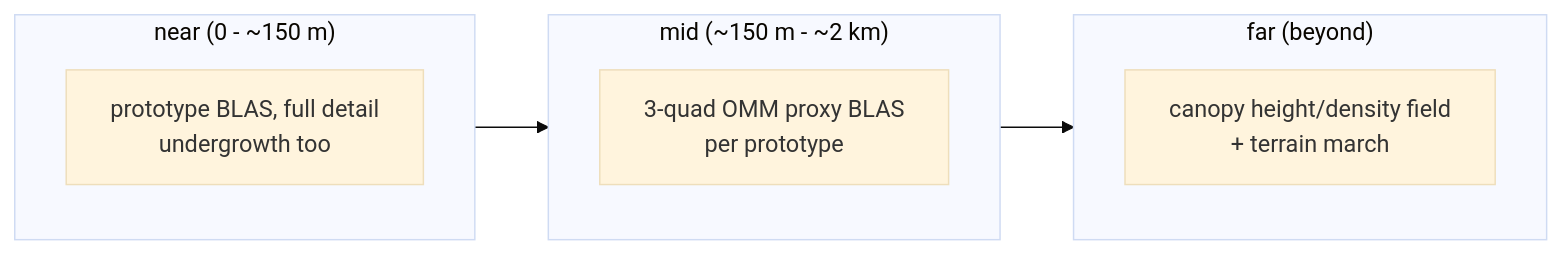
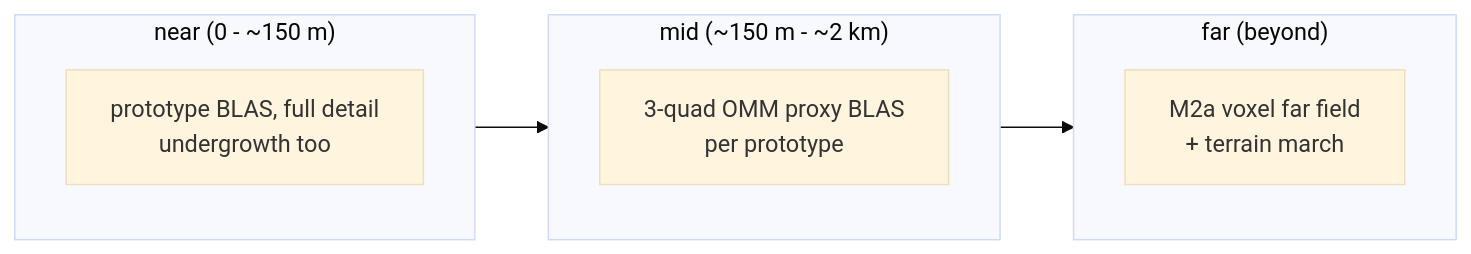
Before and after one commit to zye04/Meridian: the diagram in docs/superpowers/specs/2026-11-19-forest-lighting-design.md, drawn with Mermaid (base theme). The commit also changed other lines of this file and 7 other files, not shown here.

First line of the commit message:
Decide the far-field forest representation: per-cell voxel bricks

````diff
--- a/docs/superpowers/specs/2026-11-19-forest-lighting-design.md
+++ b/docs/superpowers/specs/2026-11-19-forest-lighting-design.md
@@ -121,13 +125,13 @@
 ```mermaid
 flowchart LR
   subgraph Near["near (0 - ~150 m)"]
     N1[prototype BLAS, full detail<br/>undergrowth too]
   end
   subgraph Mid["mid (~150 m - ~2 km)"]
     M1[3-quad OMM proxy BLAS<br/>per prototype]
   end
   subgraph Far["far (beyond)"]
-    F1[canopy height/density field<br/>+ terrain march]
+    F1[M2a voxel far field<br/>+ terrain march]
   end
   Near --> Mid --> Far
 ```
````
